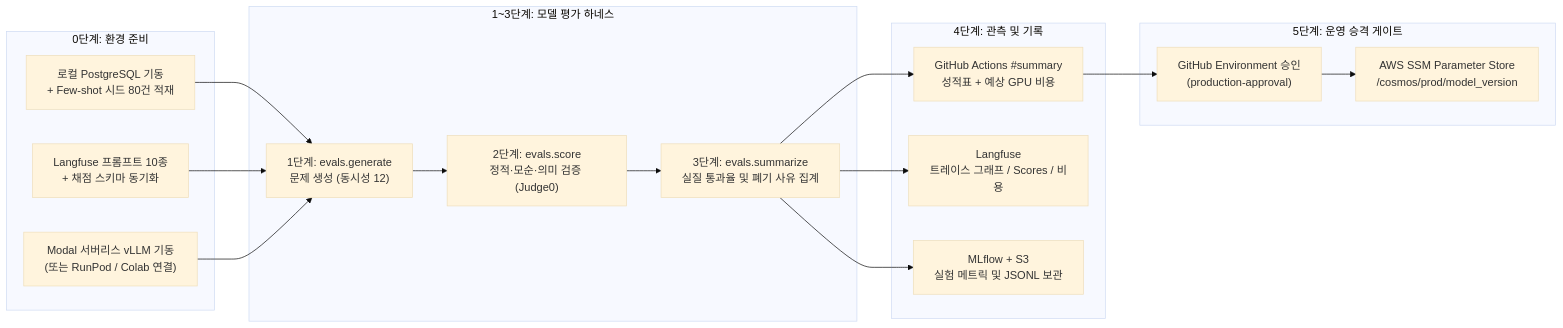
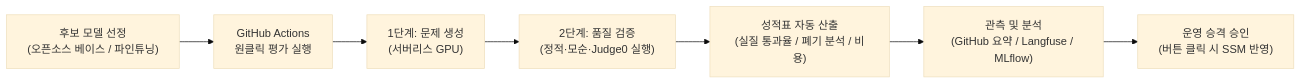
One commit to 100-hours-a-week/KTB4-9th-AI changed the diagram in docs/LLMOPS_GUIDE.md. Above: the diagram before and after it, drawn with Mermaid (base theme). The commit also changed other lines of this file, not shown here.

Commit message:
docs: 사용자 관점 중심 재작성 및 필수 환경변수/GitHub Secrets 등록 가이드 반영

````diff
--- a/docs/LLMOPS_GUIDE.md
+++ b/docs/LLMOPS_GUIDE.md
@@ -23,34 +24,9 @@
 ```mermaid
 flowchart LR
-    subgraph Step0 ["0단계: 환경 준비"]
-        DB["로컬 PostgreSQL 기동<br/>+ Few-shot 시드 80건 적재"]
-        LF_SYNC["Langfuse 프롬프트 10종<br/>+ 채점 스키마 동기화"]
-        GPU["Modal 서버리스 vLLM 기동<br/>(또는 RunPod / Colab 연결)"]
-    end
-
-    subgraph Eval ["1~3단계: 모델 평가 하네스"]
-        GEN["1단계: evals.generate<br/>문제 생성 (동시성 12)"]
-        SCORE["2단계: evals.score<br/>정적·모순·의미 검증 (Judge0)"]
-        SUM["3단계: evals.summarize<br/>실질 통과율 및 폐기 사유 집계"]
-    end
-
-    subgraph Obs ["4단계: 관측 및 기록"]
-        GH_SUM["GitHub Actions #summary<br/>성적표 + 예상 GPU 비용"]
-        LF["Langfuse<br/>트레이스 그래프 / Scores / 비용"]
-        MLF["MLflow + S3<br/>실험 메트릭 및 JSONL 보관"]
-    end
-
-    subgraph Release ["5단계: 운영 승격 게이트"]
-        GATE["GitHub Environment 승인<br/>(production-approval)"]
-        SSM["AWS SSM Parameter Store<br/>/cosmos/prod/model_version"]
-    end
-
-    DB --> GEN
-    LF_SYNC --> GEN
-    GPU --> GEN
-    GEN --> SCORE --> SUM
-    SUM --> GH_SUM
-    SUM --> LF
-    SUM --> MLF
-    GH_SUM --> GATE --> SSM
+    A["후보 모델 선정<br/>(오픈소스 베이스 / 파인튜닝)"] --> B["GitHub Actions<br/>원클릭 평가 실행"]
+    B --> C["1단계: 문제 생성<br/>(서버리스 GPU)"]
+    C --> D["2단계: 품질 검증<br/>(정적·모순·Judge0 실행)"]
+    D --> E["성적표 자동 산출<br/>(실질 통과율 / 폐기 분석 / 비용)"]
+    E --> F["관측 및 분석<br/>(GitHub 요약 / Langfuse / MLflow)"]
+    F --> G["운영 승격 승인<br/>(버튼 클릭 시 SSM 반영)"]
 ```
````
